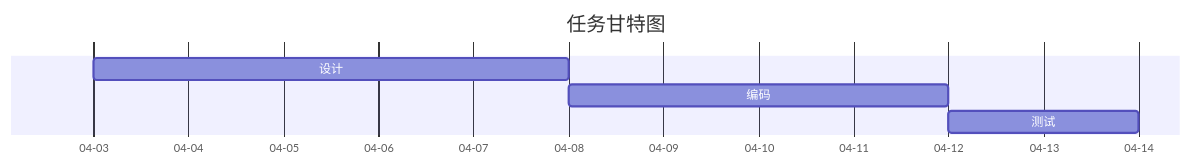
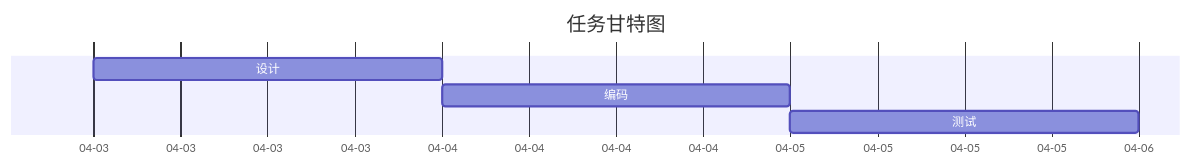
One commit to fengzhuyi/fengzhuyi.github.io changed the diagram in se/spm.md. Above: the diagram before and after it, drawn with Mermaid. The commit also changed other lines of this file and 6 other files, not shown here.

```diff
--- a/se/spm.md
+++ b/se/spm.md
@@ -61,9 +63,9 @@
 <div class="mermaid">
 gantt
     title 任务甘特图
     dateFormat MM-DD
     axisFormat %m-%d
-    设计 :a, 04-03, 5d
-    编码 :b, after a, 4d
-    测试 :c, after b, 2d
+    设计 :a, 04-03, 1d
+    编码 :b, after a, 1d
+    测试 :c, after b, 1d
 </div>
```
